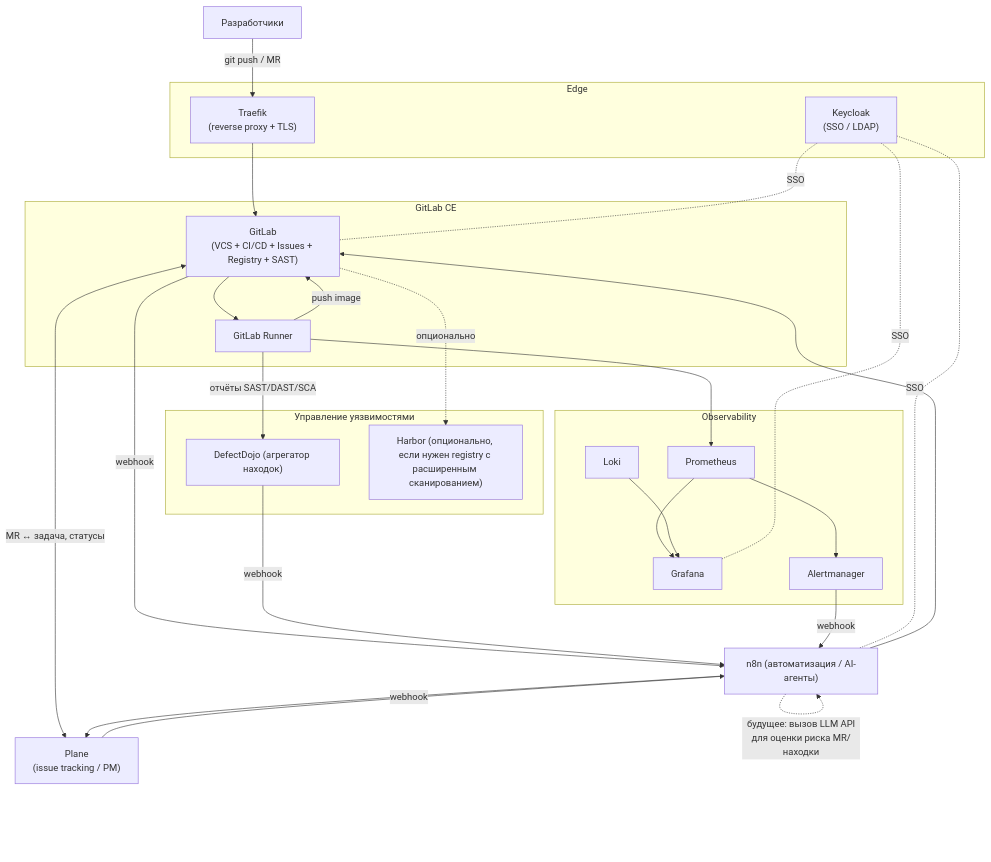
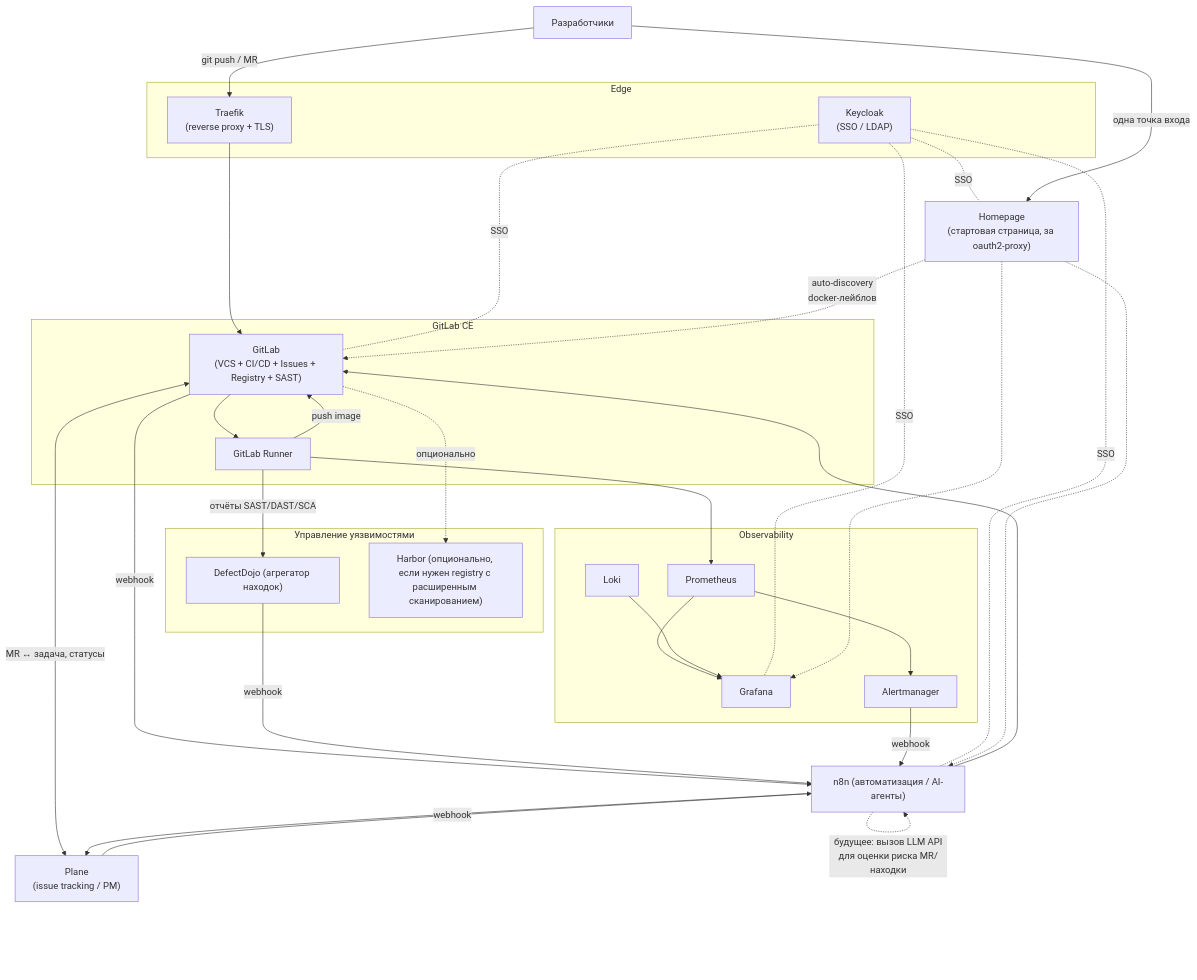
The diagram in docs/architecture.md (yunisv/yundevspace-devops-platform), drawn with Mermaid before and after one commit. The commit also changed other lines of this file and 15 other files, not shown here.

First line of the commit message:
Add Homepage start page behind Keycloak SSO

````diff
--- a/docs/architecture.md
+++ b/docs/architecture.md
@@ -5,49 +5,55 @@
 ```mermaid
 flowchart TB
     subgraph edge["Edge"]
         traefik["Traefik<br/>(reverse proxy + TLS)"]
         keycloak["Keycloak<br/>(SSO / LDAP)"]
     end
 
     subgraph gitlab_box["GitLab CE"]
         gitlab["GitLab<br/>(VCS + CI/CD + Issues + Registry + SAST)"]
         runner["GitLab Runner"]
     end
 
     plane["Plane<br/>(issue tracking / PM)"]
+    dash["Homepage<br/>(стартовая страница, за oauth2-proxy)"]
 
     subgraph quality["Управление уязвимостями"]
         dojo["DefectDojo (агрегатор находок)"]
         harbor["Harbor (опционально, если нужен registry с расширенным сканированием)"]
     end
 
     subgraph observability["Observability"]
         prom["Prometheus"]
         graf["Grafana"]
         loki["Loki"]
         am["Alertmanager"]
     end
 
     n8n["n8n (автоматизация / AI-агенты)"]
 
     dev["Разработчики"] -->|git push / MR| traefik --> gitlab
     gitlab --> runner
     runner -->|отчёты SAST/DAST/SCA| dojo
     runner -->|push image| gitlab
     gitlab -.->|опционально| harbor
     gitlab <-->|MR ↔ задача, статусы| plane
     gitlab -- webhook --> n8n
     plane -- webhook --> n8n
     dojo -- webhook --> n8n
     am -- webhook --> n8n
     n8n --> gitlab
     n8n --> plane
     n8n -.->|будущее: вызов LLM API<br/>для оценки риска MR/находки| n8n
     runner --> prom
     prom --> graf
     loki --> graf
     prom --> am
     keycloak -.SSO.- gitlab
     keycloak -.SSO.- graf
     keycloak -.SSO.- n8n
+    keycloak -.SSO.- dash
+    dev -->|одна точка входа| dash
+    dash -.->|auto-discovery<br/>docker-лейблов| gitlab
+    dash -.-> graf
+    dash -.-> n8n
 ```
````
